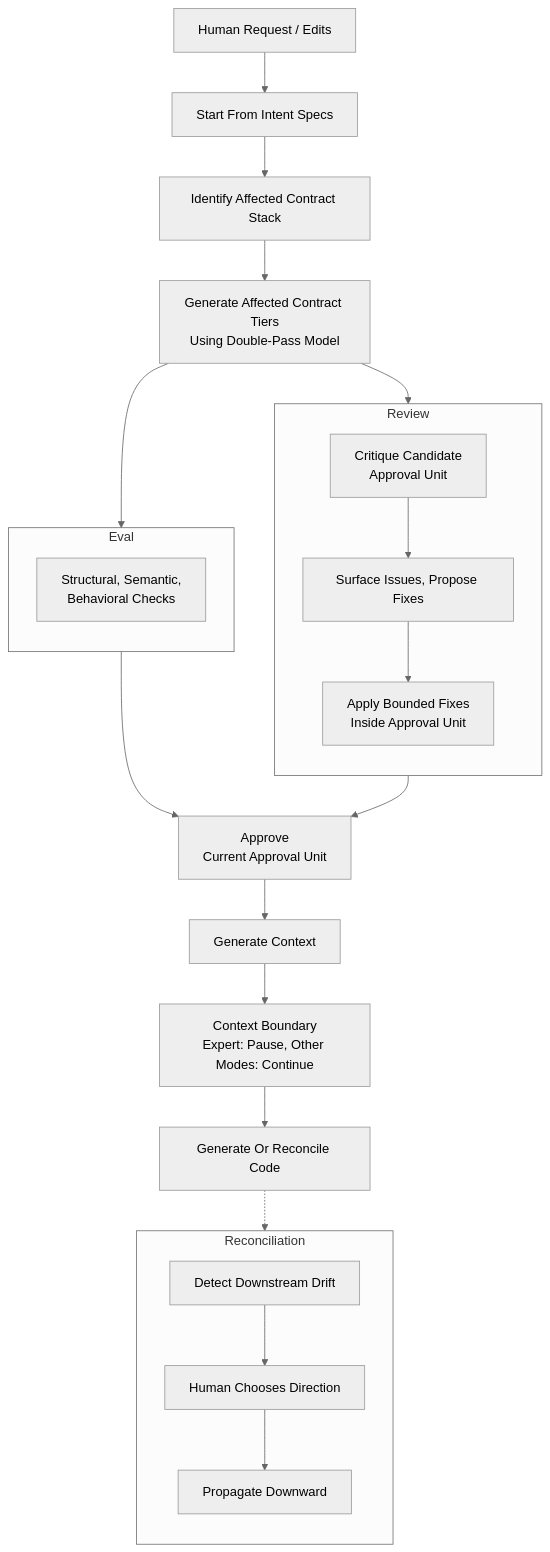
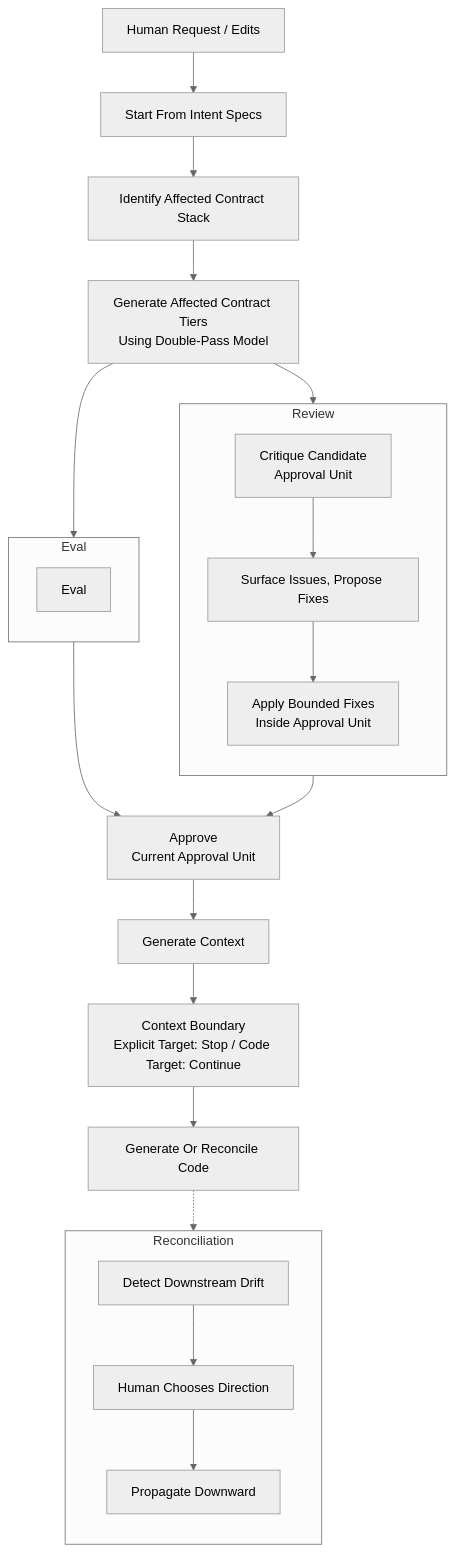
One commit to dahans-msft2/vibeloom-copilot-cli changed the third of 6 diagrams in v02/vibeloom-methodology.md. Above: the diagram before and after it, drawn with Mermaid (neutral theme). The commit also changed other lines of this file and 2 other files, not shown here.

````diff
--- a/v02/vibeloom-methodology.md
+++ b/v02/vibeloom-methodology.md
@@ -356,41 +356,41 @@
 ```mermaid
 flowchart TD
     H["Human Request / Edits"]
     I["Start From Intent Specs"]
     D["Identify Affected Contract Stack"]
     G["Generate Affected Contract Tiers<br/>Using Double-Pass Model"]
 
     H --> I --> D --> G
 
     G --> R
     G --> E
 
     subgraph REV["Review"]
         direction TB
         R["Critique Candidate<br/>Approval Unit"]
         R1["Surface Issues, Propose Fixes"]
         R2["Apply Bounded Fixes<br/>Inside Approval Unit"]
         R --> R1 --> R2
     end
 
     subgraph EVL["Eval"]
         direction TB
-        E["Structural, Semantic,<br/>Behavioral Checks"]
+        E["Eval"]
     end
 
     R2 --> A["Approve<br/>Current Approval Unit"]
     E --> A
 
     A --> C["Generate Context"]
-    C --> B["Context Boundary<br/>Expert: Pause, Other Modes: Continue"]
+    C --> B["Context Boundary<br/>Explicit Target: Stop / Code Target: Continue"]
     B --> K["Generate Or Reconcile Code"]
 
     K -.-> Q
     subgraph REC["Reconciliation"]
         direction TB
         Q["Detect Downstream Drift"]
         Q1["Human Chooses Direction"]
         Q2["Propagate Downward"]
         Q --> Q1 --> Q2
     end
 ```
````
